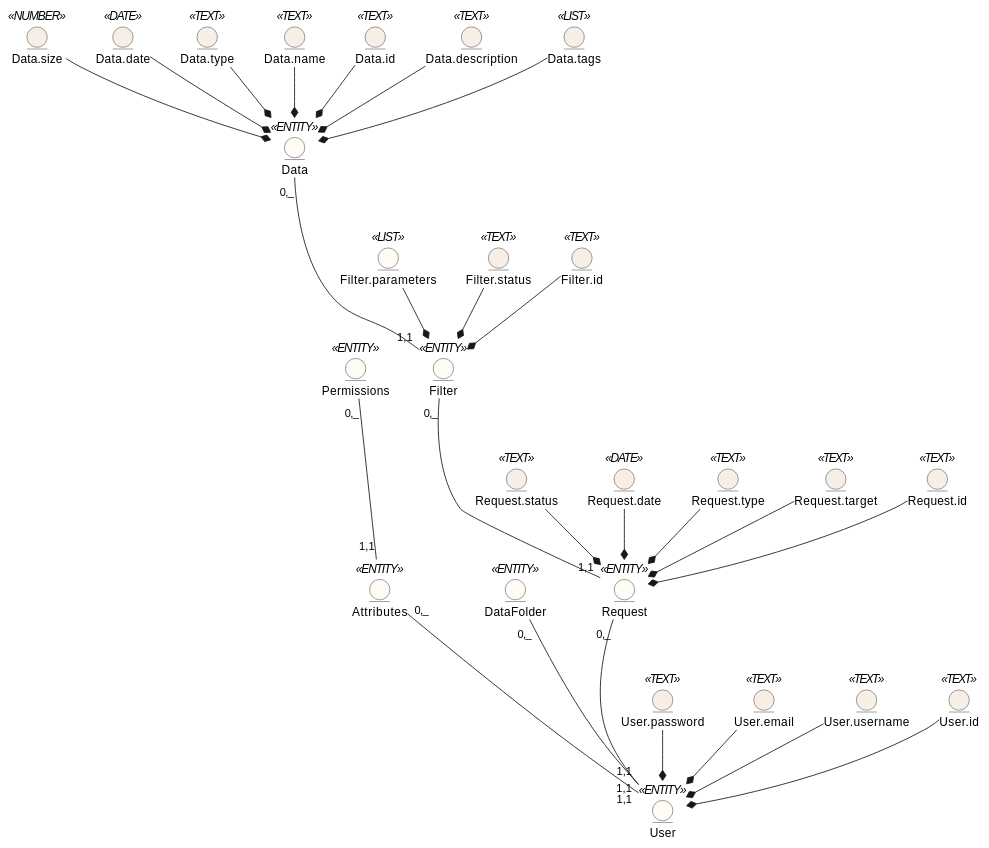
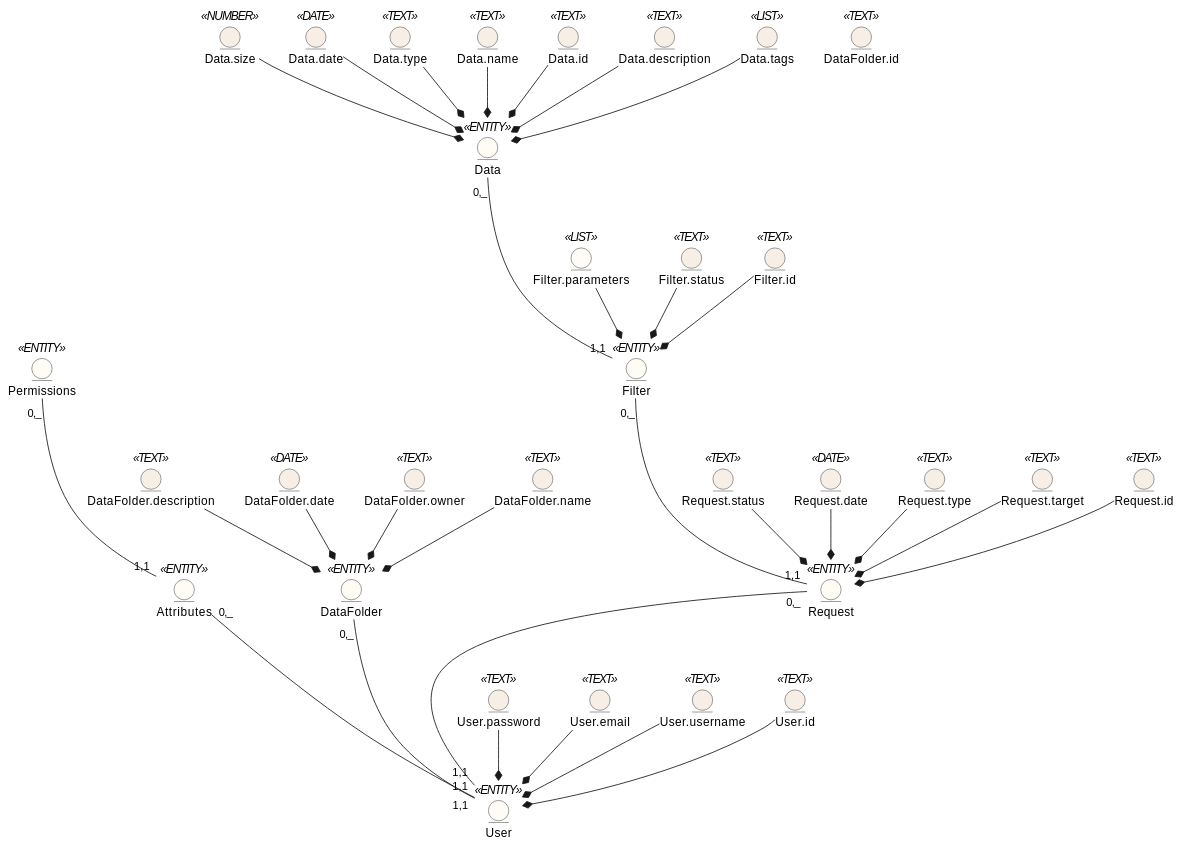
The diagram in docs/design/README.md (edu-db/edu_db_labs), drawn with PlantUML before and after one commit.

Commit message:
feat: add attributes for DataFolder

```diff
--- a/docs/design/README.md
+++ b/docs/design/README.md
@@ -17,7 +17,15 @@
 
 
 entity Attributes <<ENTITY>> #FFFBF5
+
 entity DataFolder <<ENTITY>> #FFFBF5
+entity DataFolder.description <<TEXT>> #F7EFE5
+entity DataFolder.date<<DATE>> #F7EFE5
+entity DataFolder.owner<<TEXT>> #F7EFE5
+entity DataFolder.name<<TEXT>> #F7EFE5
+entity DataFolder.id<<TEXT>> #F7EFE5
+
+
 entity Permissions <<ENTITY>> #FFFBF5
 
 
@@ -73,6 +81,12 @@
 Data.description -d-* Data
 Data.tags -d-* Data
 
+DataFolder.description -d-* DataFolder
+DataFolder.date -d-* DataFolder
+DataFolder.owner -d-* DataFolder
+DataFolder.name -d-* DataFolder
+
+
 
 
 
```
